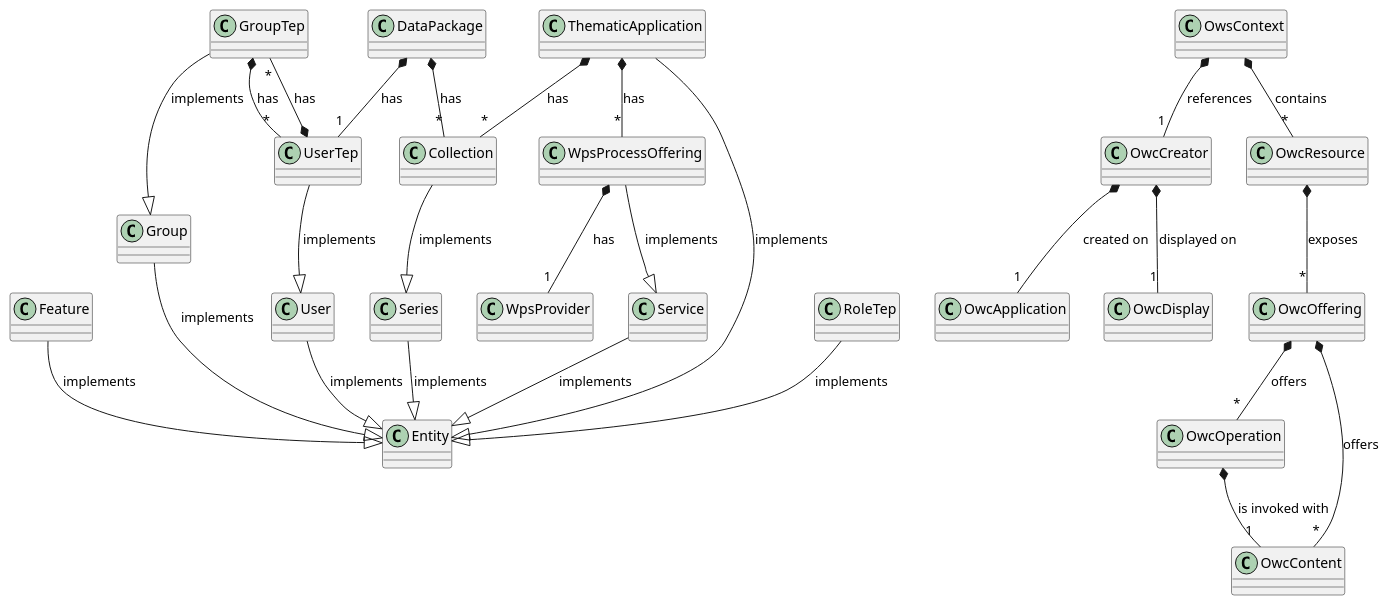
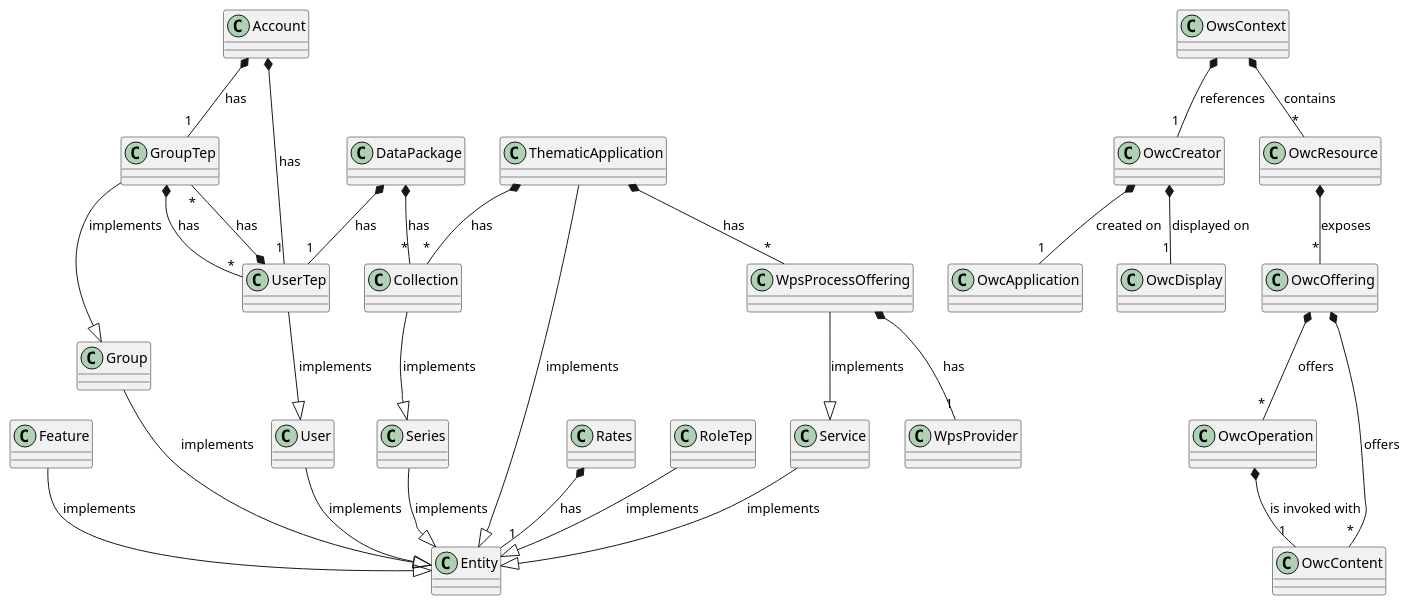
One commit to urban-tep/DDF-SDD changed the diagram in source/classes/class_relations.iuml. Above: the diagram before and after it, drawn with PlantUML. The commit also changed 55 other files, not shown here.

```diff
--- a/source/classes/class_relations.iuml
+++ b/source/classes/class_relations.iuml
@@ -1,28 +1,31 @@
 @startuml
 Feature  --|>  Entity : implements
 Group  --|>  Entity : implements
 Series  --|>  Entity : implements
 Service  --|>  Entity : implements
 User  --|>  Entity : implements
 WpsProcessOffering  *-- "1" WpsProvider : has
 WpsProcessOffering  --|>  Service : implements
 OwcCreator  *-- "1" OwcApplication : created on 
 OwcCreator  *-- "1" OwcDisplay : displayed on 
 OwcOffering  *-- "*" OwcOperation : offers 
 OwcOffering  *-- "*" OwcContent : offers 
 OwcOperation  *-- "1" OwcContent : is invoked with 
 OwcResource  *-- "*" OwcOffering : exposes 
 OwsContext  *-- "1" OwcCreator : references 
 OwsContext  *-- "*" OwcResource : contains 
+Account  *-- "1" UserTep : has
+Account  *-- "1" GroupTep : has
 Collection  --|>  Series : implements
 DataPackage  *-- "1" UserTep : has
 DataPackage  *-- "*" Collection : has
 GroupTep  *-- "*" UserTep : has
 GroupTep  --|>  Group : implements
+Rates  *-- "1" Entity : has
 RoleTep  --|>  Entity : implements
 ThematicApplication  *-- "*" Collection : has
 ThematicApplication  *-- "*" WpsProcessOffering : has
 ThematicApplication  --|>  Entity : implements
 UserTep  *-- "*" GroupTep : has
 UserTep  --|>  User : implements
 @enduml
```
